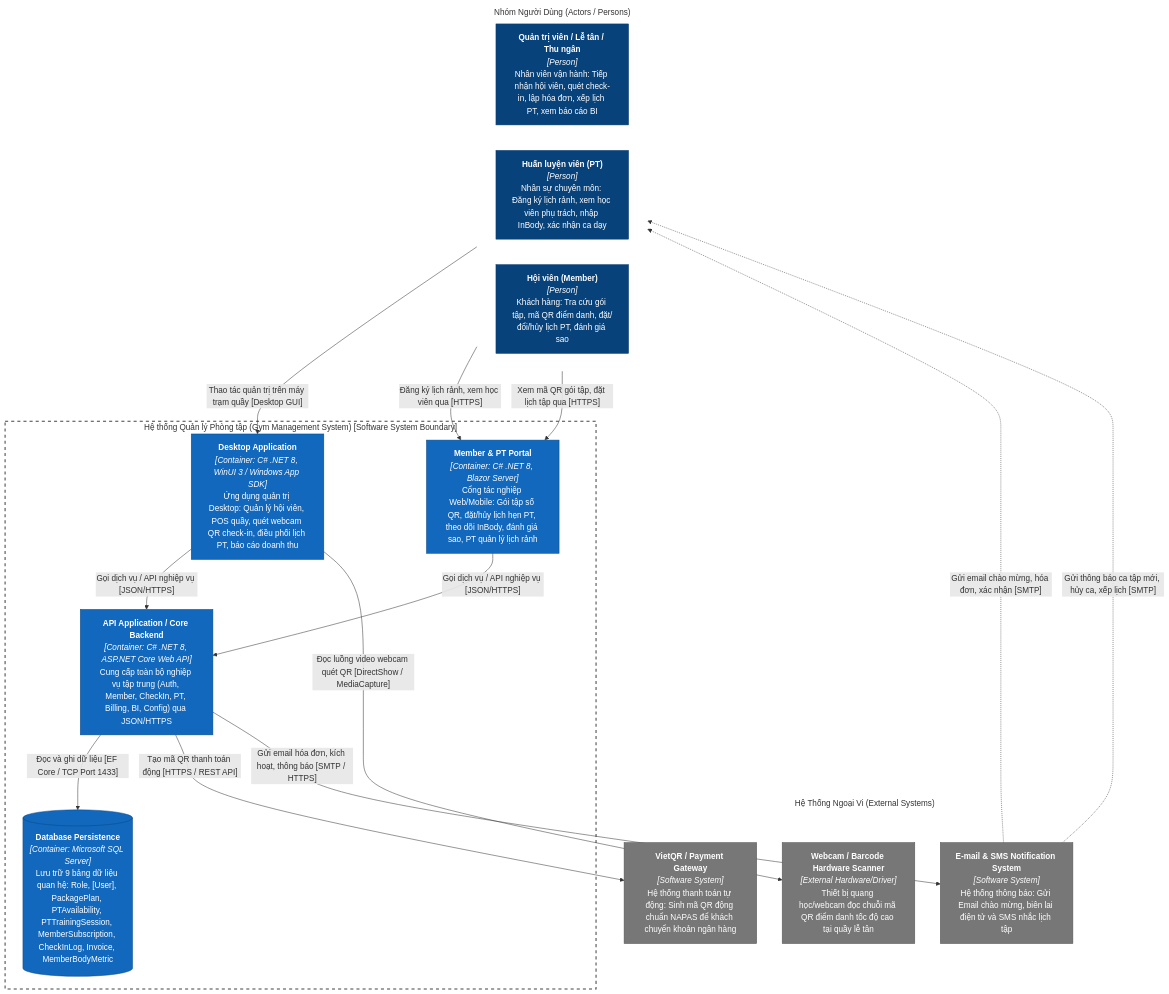
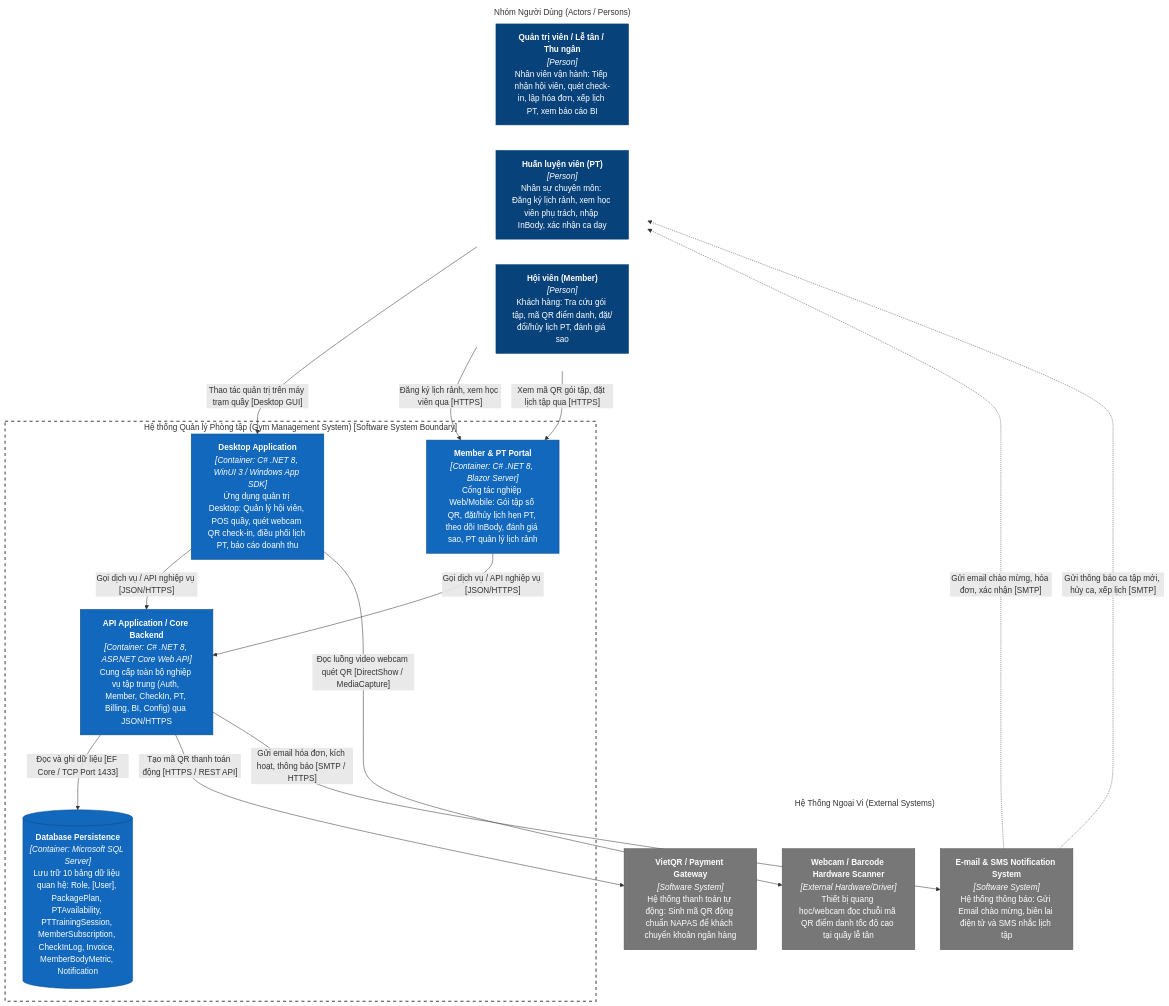
Before and after one commit to kkons2212/Gym-management: the first of 3 diagrams in Document/predevrule.md, drawn with Mermaid. The commit also changed other lines of this file and 26 other files, not shown here.

Commit message:
feat(notification): implement in-app notification center with 6-field schema and web portal bell

````diff
--- a/Document/predevrule.md
+++ b/Document/predevrule.md
@@ -50,59 +50,59 @@
 ```mermaid
 flowchart TB
     %% Users / Actors
     subgraph Users ["Nhóm Người Dùng (Actors / Persons)"]
         direction LR
         Admin["<b>Quản trị viên / Lễ tân / Thu ngân</b><br><i>[Person]</i><br>Nhân viên vận hành: Tiếp nhận hội viên, quét check-in, lập hóa đơn, xếp lịch PT, xem báo cáo BI"]
         PT["<b>Huấn luyện viên (PT)</b><br><i>[Person]</i><br>Nhân sự chuyên môn: Đăng ký lịch rảnh, xem học viên phụ trách, nhập InBody, xác nhận ca dạy"]
         Member["<b>Hội viên (Member)</b><br><i>[Person]</i><br>Khách hàng: Tra cứu gói tập, mã QR điểm danh, đặt/đổi/hủy lịch PT, đánh giá sao"]
     end
 
     %% Software System Boundary
     subgraph GymSystem ["Hệ thống Quản lý Phòng tập (Gym Management System) [Software System Boundary]"]
         DesktopApp["<b>Desktop Application</b><br><i>[Container: C# .NET 8, WinUI 3 / Windows App SDK]</i><br>Ứng dụng quản trị Desktop: Quản lý hội viên, POS quầy, quét webcam QR check-in, điều phối lịch PT, báo cáo doanh thu"]
         WebApp["<b>Member & PT Portal</b><br><i>[Container: C# .NET 8, Blazor Server]</i><br>Cổng tác nghiệp Web/Mobile: Gói tập số QR, đặt/hủy lịch hẹn PT, theo dõi InBody, đánh giá sao, PT quản lý lịch rảnh"]
         ApiApp["<b>API Application / Core Backend</b><br><i>[Container: C# .NET 8, ASP.NET Core Web API]</i><br>Cung cấp toàn bộ nghiệp vụ tập trung (Auth, Member, CheckIn, PT, Billing, BI, Config) qua JSON/HTTPS"]
-        Database[("<b>Database Persistence</b><br><i>[Container: Microsoft SQL Server]</i><br>Lưu trữ 9 bảng dữ liệu quan hệ: Role, [User], PackagePlan, PTAvailability, PTTrainingSession, MemberSubscription, CheckInLog, Invoice, MemberBodyMetric")]
+        Database[("<b>Database Persistence</b><br><i>[Container: Microsoft SQL Server]</i><br>Lưu trữ 10 bảng dữ liệu quan hệ: Role, [User], PackagePlan, PTAvailability, PTTrainingSession, MemberSubscription, CheckInLog, Invoice, MemberBodyMetric, Notification")]
     end
 
     %% External Systems
     subgraph ExternalSystems ["Hệ Thống Ngoại Vi (External Systems)"]
         VietQR["<b>VietQR / Payment Gateway</b><br><i>[Software System]</i><br>Hệ thống thanh toán tự động: Sinh mã QR động chuẩn NAPAS để khách chuyển khoản ngân hàng"]
         EmailSystem["<b>E-mail & SMS Notification System</b><br><i>[Software System]</i><br>Hệ thống thông báo: Gửi Email chào mừng, biên lai điện tử và SMS nhắc lịch tập"]
         CameraScanner["<b>Webcam / Barcode Hardware Scanner</b><br><i>[External Hardware/Driver]</i><br>Thiết bị quang học/webcam đọc chuỗi mã QR điểm danh tốc độ cao tại quầy lễ tân"]
     end
 
     %% Interactions between Users and Containers
     Admin -->|"Thao tác quản trị trên máy trạm quầy [Desktop GUI]"| DesktopApp
     PT -->|"Đăng ký lịch rảnh, xem học viên qua [HTTPS]"| WebApp
     Member -->|"Xem mã QR gói tập, đặt lịch tập qua [HTTPS]"| WebApp
 
     %% Interactions inside Containers
     DesktopApp -->|"Gọi dịch vụ / API nghiệp vụ [JSON/HTTPS]"| ApiApp
     WebApp -->|"Gọi dịch vụ / API nghiệp vụ [JSON/HTTPS]"| ApiApp
     DesktopApp -->|"Đọc luồng video webcam quét QR [DirectShow / MediaCapture]"| CameraScanner
 
     %% Interactions with Database and External Systems
     ApiApp -->|"Đọc và ghi dữ liệu [EF Core / TCP Port 1433]"| Database
     ApiApp -->|"Tạo mã QR thanh toán động [HTTPS / REST API]"| VietQR
     ApiApp -->|"Gửi email hóa đơn, kích hoạt, thông báo [SMTP / HTTPS]"| EmailSystem
 
     %% External notifications back to users
     EmailSystem -.->|"Gửi email chào mừng, hóa đơn, xác nhận [SMTP]"| Member
     EmailSystem -.->|"Gửi thông báo ca tập mới, hủy ca, xếp lịch [SMTP]"| PT
 
     %% Styling to mimic C4 standards
     classDef person fill:#08427b,stroke:#073b6f,color:#fff;
     classDef container fill:#1168bd,stroke:#0b4884,color:#fff;
     classDef database fill:#1168bd,stroke:#0b4884,color:#fff;
     classDef external fill:#777777,stroke:#555555,color:#fff;
     classDef systemBoundary fill:none,stroke:#444444,stroke-width:2px,stroke-dasharray: 6 6;
     classDef groupBoundary fill:none,stroke:none;
 
     class Admin,PT,Member person;
     class DesktopApp,WebApp,ApiApp container;
     class Database database;
     class VietQR,EmailSystem,CameraScanner external;
     class GymSystem systemBoundary;
     class Users,ExternalSystems groupBoundary;
 ```
````
